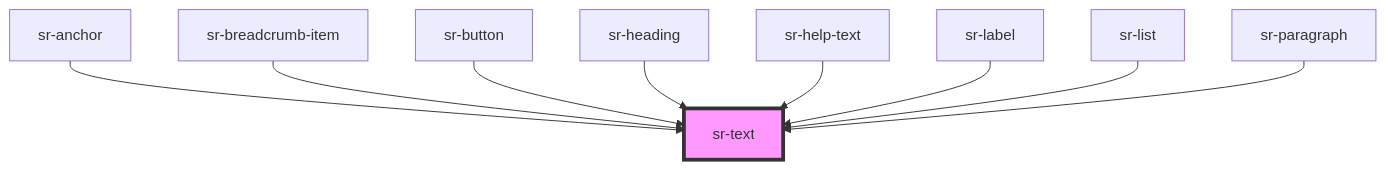
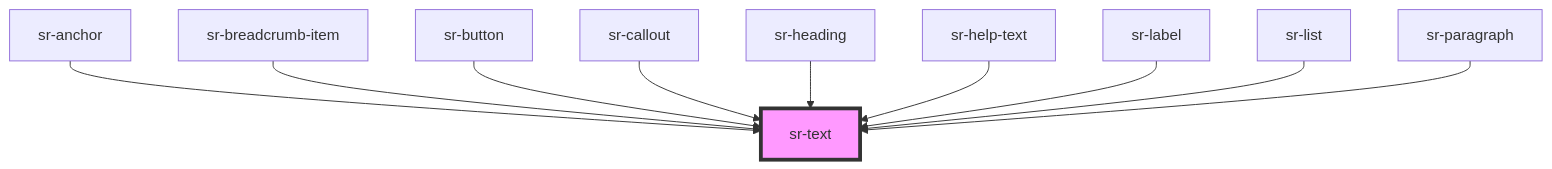
The diagram in src/components/primitives/sr-text/readme.md (tonyblu331/spotify-replay-design-system), drawn with Mermaid before and after one commit. The commit also changed other lines of this file and 10 other files, not shown here.

````diff
--- a/src/components/primitives/sr-text/readme.md
+++ b/src/components/primitives/sr-text/readme.md
@@ -46,12 +47,13 @@
 ```mermaid
 graph TD;
   sr-anchor --> sr-text
   sr-breadcrumb-item --> sr-text
   sr-button --> sr-text
+  sr-callout --> sr-text
   sr-heading --> sr-text
   sr-help-text --> sr-text
   sr-label --> sr-text
   sr-list --> sr-text
   sr-paragraph --> sr-text
   style sr-text fill:#f9f,stroke:#333,stroke-width:4px
 ```
````
